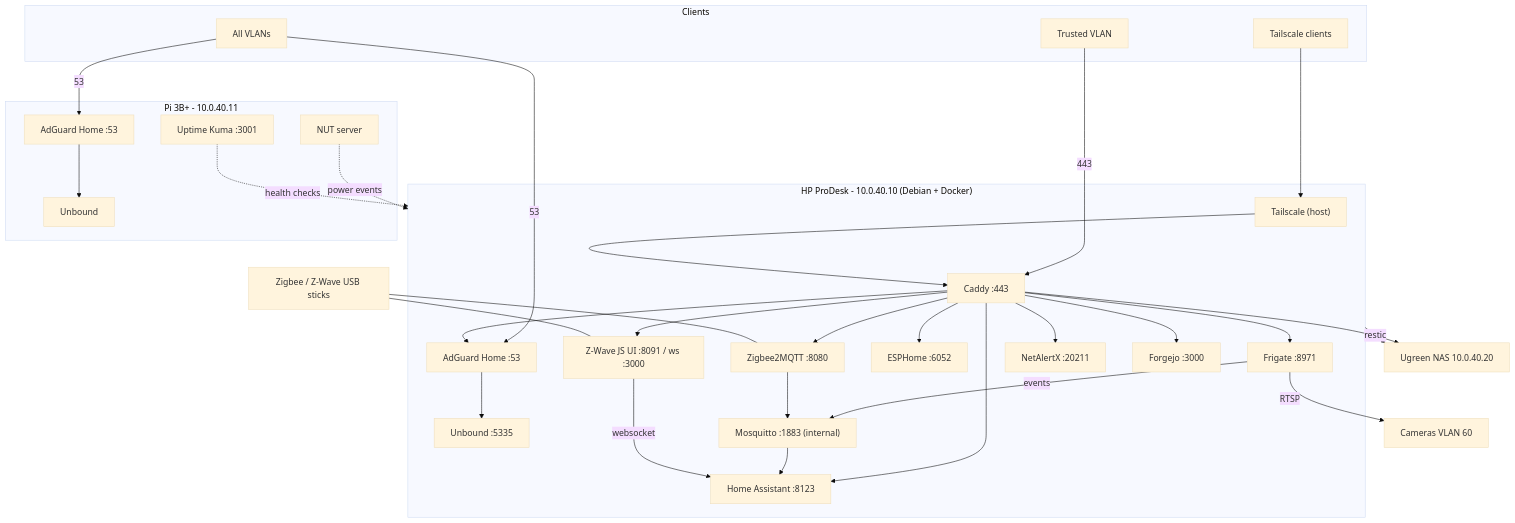
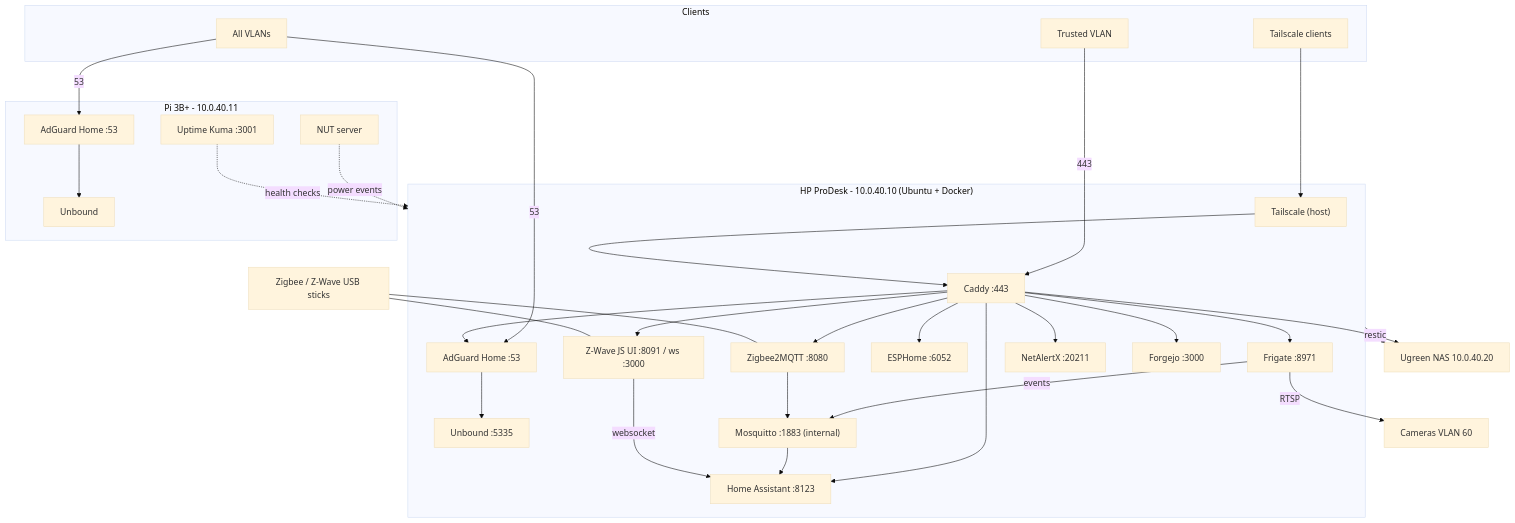
Before and after one commit to mhendricks42/home-network: the diagram in docs/home-server-architecture.md, drawn with Mermaid (base theme). The commit also changed other lines of this file and 2 other files, not shown here.

First line of the commit message:
Keep the SSH key in Dashlane; record Ubuntu on oden

````diff
--- a/docs/home-server-architecture.md
+++ b/docs/home-server-architecture.md
@@ -76,52 +76,52 @@
 ```mermaid
 flowchart TB
   subgraph CLIENTS["Clients"]
     T["Trusted VLAN"]
     TS["Tailscale clients"]
     ALL["All VLANs"]
   end
-  subgraph SRV["HP ProDesk - 10.0.40.10 (Debian + Docker)"]
+  subgraph SRV["HP ProDesk - 10.0.40.10 (Ubuntu + Docker)"]
     TSD["Tailscale (host)"]
     CADDY["Caddy :443"]
     DNS1["AdGuard Home :53"] --> UNB1["Unbound :5335"]
     HA["Home Assistant :8123"]
     MQ["Mosquitto :1883 (internal)"]
     Z2M["Zigbee2MQTT :8080"]
     ZW["Z-Wave JS UI :8091 / ws :3000"]
     ESP["ESPHome :6052"]
     FRI["Frigate :8971"]
     NAX["NetAlertX :20211"]
     GIT["Forgejo :3000"]
   end
   subgraph PI["Pi 3B+ - 10.0.40.11"]
     DNS2["AdGuard Home :53"] --> UNB2["Unbound"]
     NUT["NUT server"]
     UK["Uptime Kuma :3001"]
   end
   NAS["Ugreen NAS 10.0.40.20"]
   CAMS["Cameras VLAN 60"]
   RADIO["Zigbee / Z-Wave USB sticks"]
   ALL -->|"53"| DNS1
   ALL -->|"53"| DNS2
   T -->|"443"| CADDY
   TS --> TSD --> CADDY
   CADDY --> HA
   CADDY --> FRI
   CADDY --> Z2M
   CADDY --> ZW
   CADDY --> ESP
   CADDY --> NAX
   CADDY --> GIT
   CADDY --> DNS1
   CADDY --> NAS
   FRI -->|"RTSP"| CAMS
   FRI -->|"events"| MQ
   Z2M --> MQ
   MQ --> HA
   ZW -->|"websocket"| HA
   RADIO --- Z2M
   RADIO --- ZW
   NUT -.->|"power events"| SRV
   UK -.->|"health checks"| SRV
   SRV -->|"restic"| NAS
 ```
````
